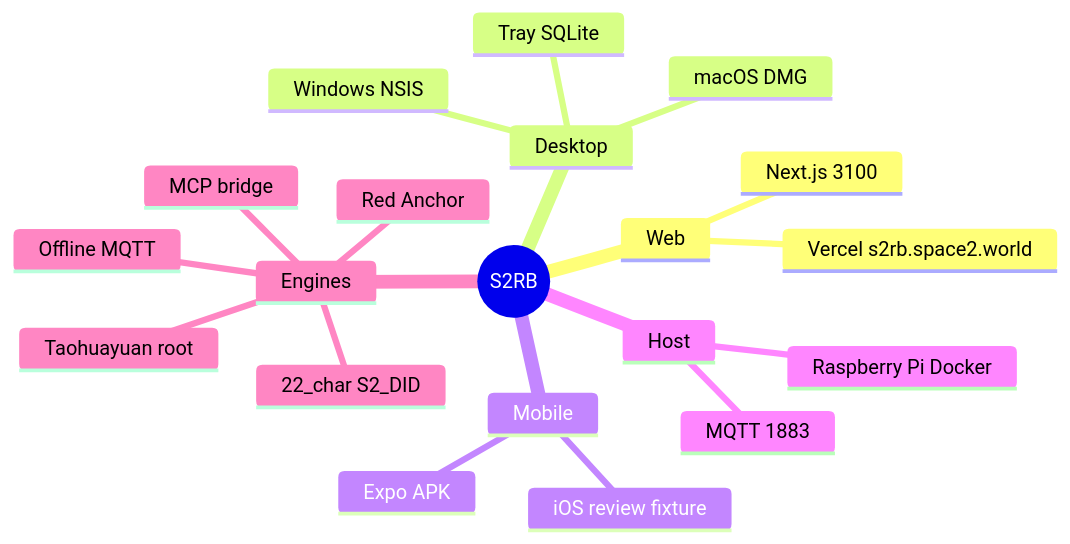
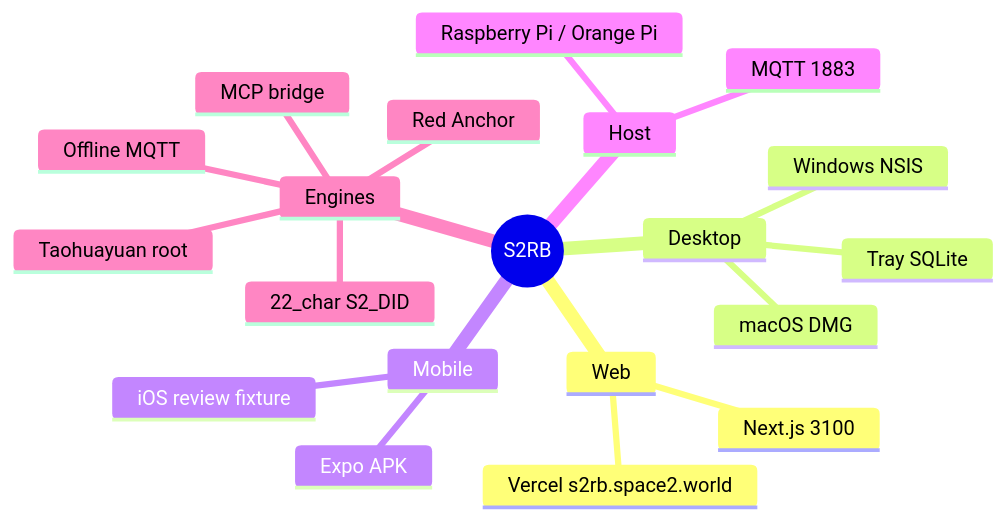
Before and after one commit to SpaceSQ/S2RB: the diagram in README.md, drawn with Mermaid. The commit also changed other lines of this file and 101 other files, not shown here.

````diff
--- a/README.md
+++ b/README.md
@@ -35,23 +37,23 @@
 ```mermaid
 mindmap
   root((S2RB))
     Web
       Next.js 3100
       Vercel s2rb.space2.world
     Desktop
       Windows NSIS
       macOS DMG
       Tray SQLite
     Mobile
       Expo APK
       iOS review fixture
     Host
-      Raspberry Pi Docker
+      Raspberry Pi / Orange Pi
       MQTT 1883
     Engines
       22_char S2_DID
       Taohuayuan root
       Red Anchor
       Offline MQTT
       MCP bridge
 ```
````
